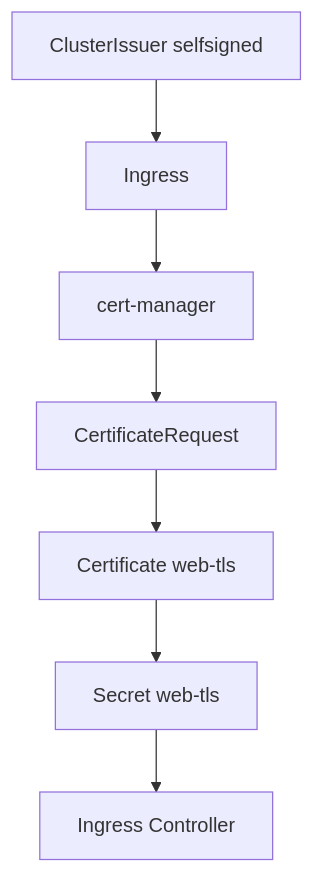
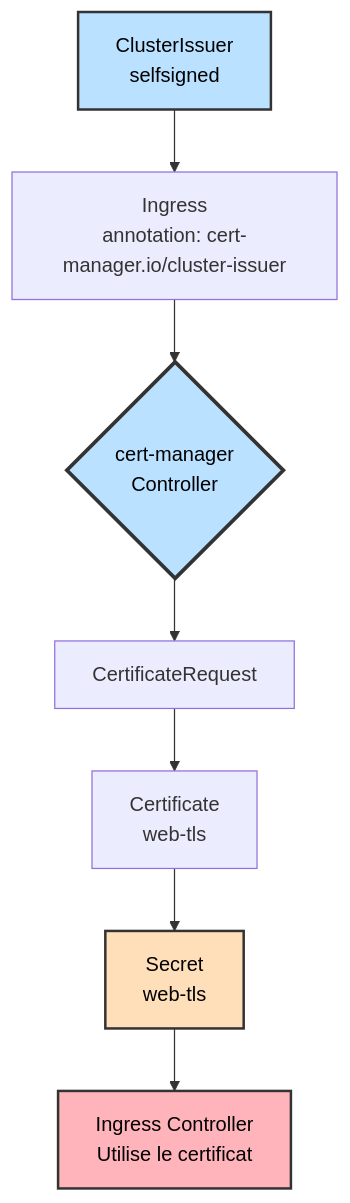
The fourth of 9 diagrams in ARCHITECTURE.md (MPFabio/S4-Ingress-TLS-Config-Secrets), drawn with Mermaid before and after one commit. The commit also changed other lines of this file and 1 other file, not shown here.

Commit message:
Improve diagram readability with lighter colors

````diff
--- a/ARCHITECTURE.md
+++ b/ARCHITECTURE.md
@@ -75,9 +93,14 @@
 ```mermaid
 flowchart TB
-    A[ClusterIssuer selfsigned] --> B[Ingress]
-    B --> C[cert-manager]
+    A[ClusterIssuer<br/>selfsigned] --> B[Ingress<br/>annotation: cert-manager.io/cluster-issuer]
+    B --> C{cert-manager<br/>Controller}
     C --> D[CertificateRequest]
-    D --> E[Certificate web-tls]
-    E --> F[Secret web-tls]
-    F --> G[Ingress Controller]
+    D --> E[Certificate<br/>web-tls]
+    E --> F[Secret<br/>web-tls]
+    F --> G[Ingress Controller<br/>Utilise le certificat]
+    
+    style A fill:#bae1ff,stroke:#333,stroke-width:2px,color:#000
+    style C fill:#bae1ff,stroke:#333,stroke-width:3px,color:#000
+    style F fill:#ffdfba,stroke:#333,stroke-width:2px,color:#000
+    style G fill:#ffb3ba,stroke:#333,stroke-width:2px,color:#000
 ```
````
